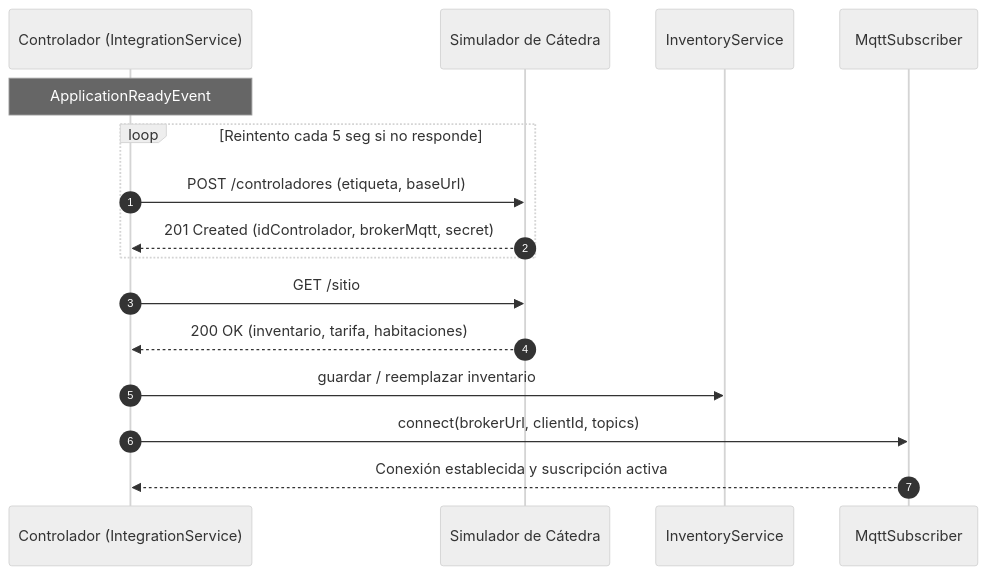
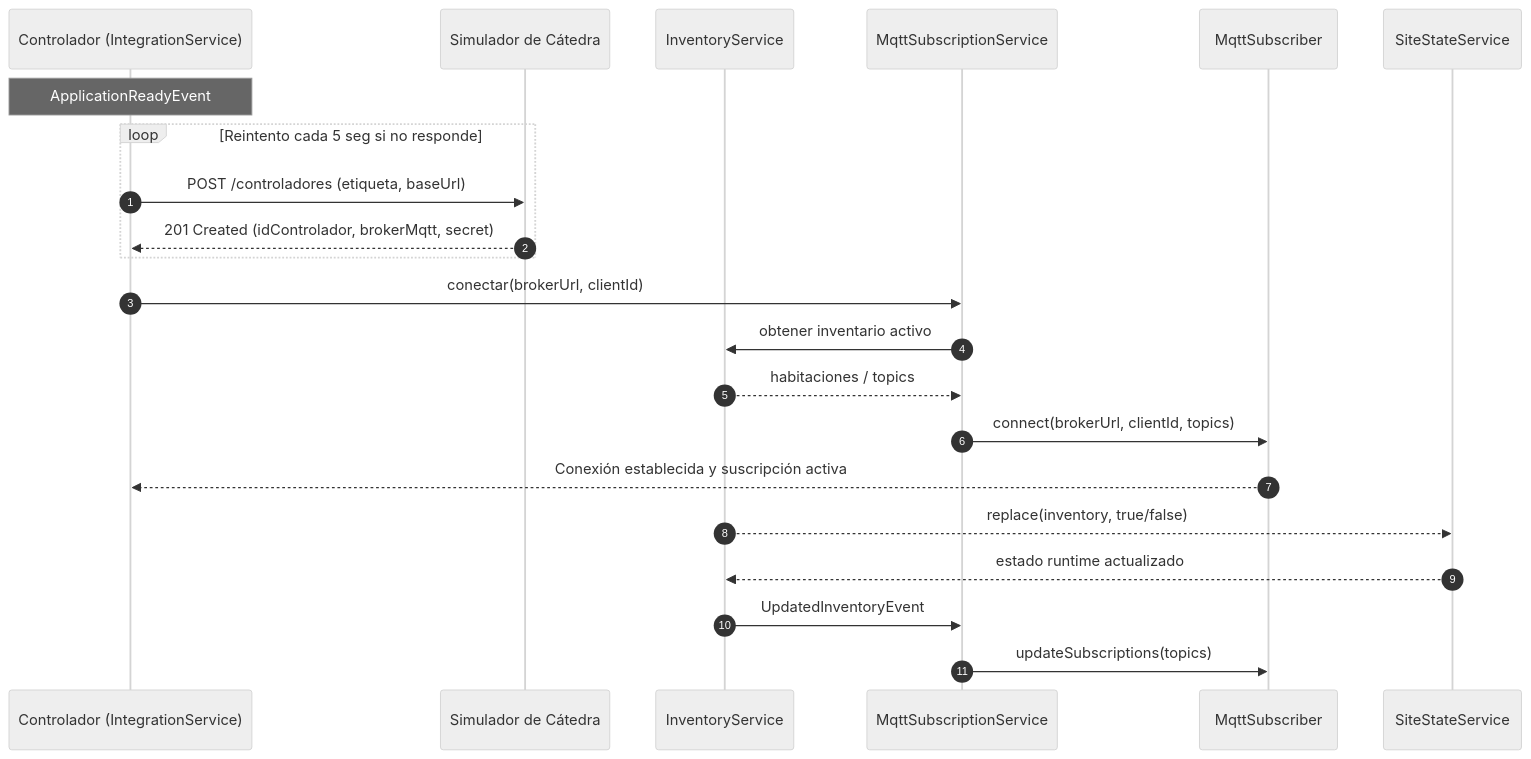
The third of 6 diagrams in docs/arquitectura/4mas1.md (walterlarrea/IISS-2026-grupo-2), drawn with Mermaid (neutral theme) before and after one commit. The commit also changed other lines of this file, not shown here.

````diff
--- a/docs/arquitectura/4mas1.md
+++ b/docs/arquitectura/4mas1.md
@@ -164,19 +171,26 @@
 ```mermaid
 sequenceDiagram
     autonumber
     participant App as Controlador (IntegrationService)
     participant Sim as Simulador de Cátedra
     participant InvService as InventoryService
+    participant MqttSync as MqttSubscriptionService
     participant MqttSub as MqttSubscriber
+    participant SiteState as SiteStateService
     Note over App: ApplicationReadyEvent
     loop Reintento cada 5 seg si no responde
         App ->> Sim: POST /controladores (etiqueta, baseUrl)
         Sim -->> App: 201 Created (idControlador, brokerMqtt, secret)
     end
 
-    App ->> Sim: GET /sitio
-    Sim -->> App: 200 OK (inventario, tarifa, habitaciones)
-    App ->> InvService: guardar / reemplazar inventario
-    App ->> MqttSub: connect(brokerUrl, clientId, topics)
+    App ->> MqttSync: conectar(brokerUrl, clientId)
+    MqttSync ->> InvService: obtener inventario activo
+    InvService -->> MqttSync: habitaciones / topics
+    MqttSync ->> MqttSub: connect(brokerUrl, clientId, topics)
     MqttSub -->> App: Conexión establecida y suscripción activa
+
+    InvService -->> SiteState: replace(inventory, true/false)
+    SiteState -->> InvService: estado runtime actualizado
+    InvService ->> MqttSync: UpdatedInventoryEvent
+    MqttSync ->> MqttSub: updateSubscriptions(topics)
 ```
````
